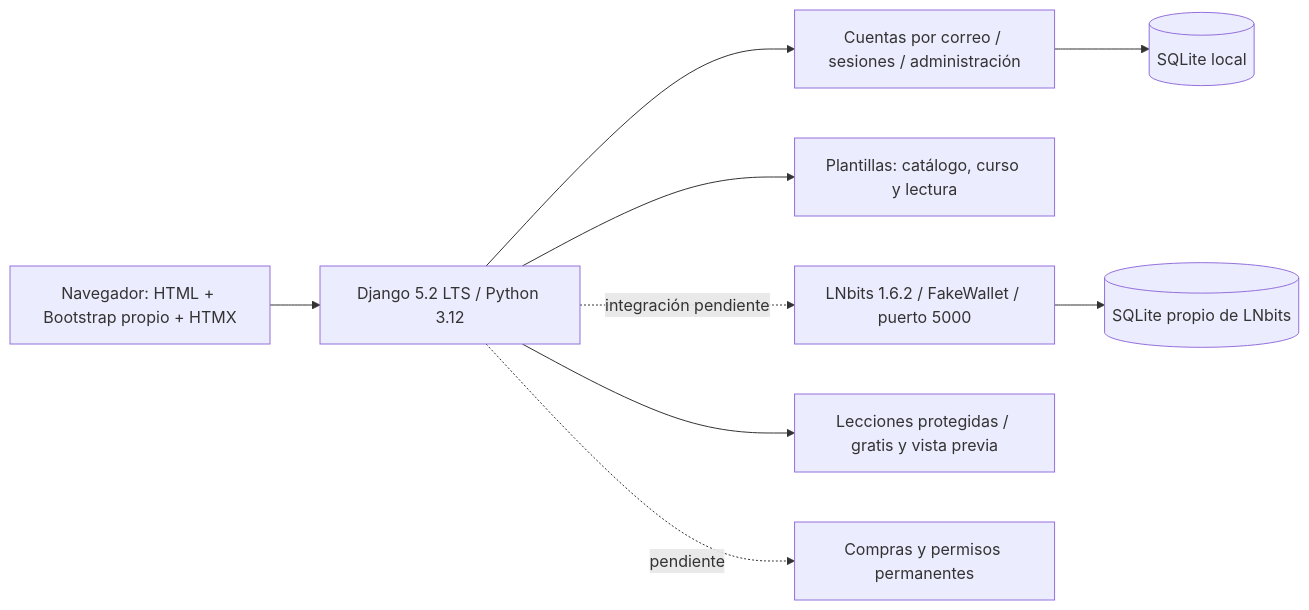
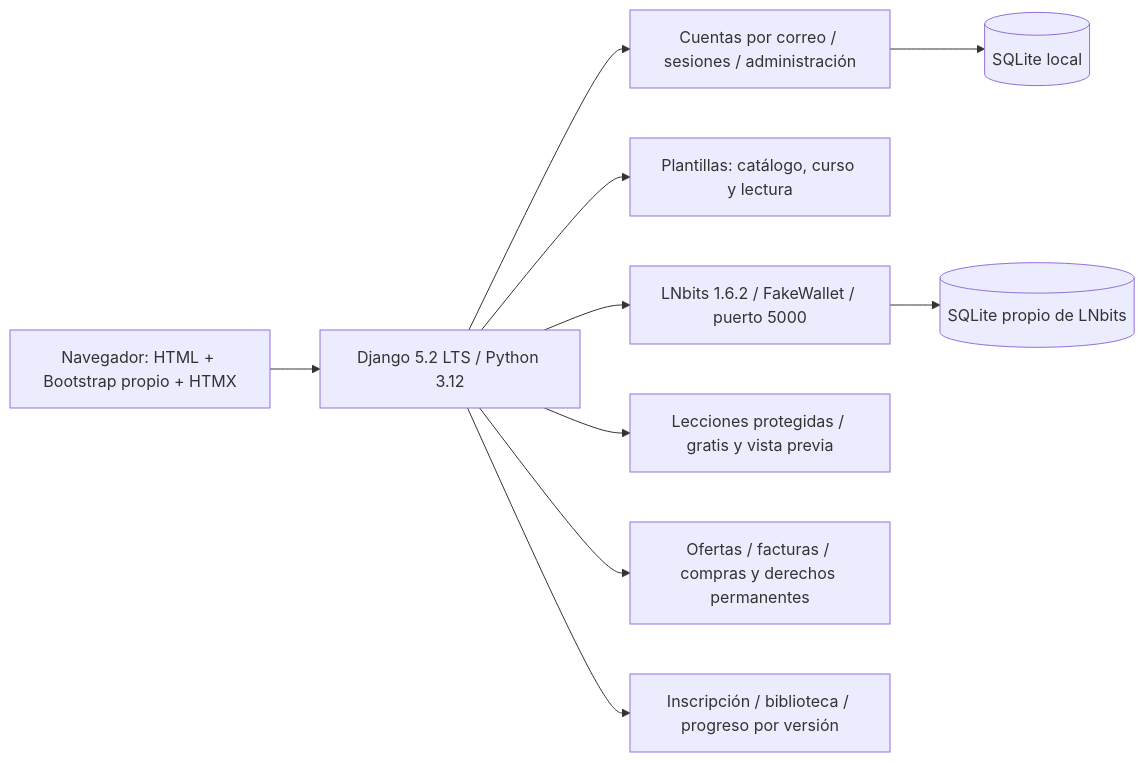
The diagram in src/README.md (caleb-bvm/BTC.EDU), drawn with Mermaid before and after one commit. The commit also changed other lines of this file and 12 other files, not shown here.

````diff
--- a/src/README.md
+++ b/src/README.md
@@ -71,11 +90,12 @@
 ```mermaid
 flowchart LR
     B[Navegador: HTML + Bootstrap propio + HTMX] --> D[Django 5.2 LTS / Python 3.12]
     D --> A[Cuentas por correo / sesiones / administración]
     A --> S[(SQLite local)]
     D --> T[Plantillas: catálogo, curso y lectura]
-    D -. integración pendiente .-> L[LNbits 1.6.2 / FakeWallet / puerto 5000]
+    D --> L[LNbits 1.6.2 / FakeWallet / puerto 5000]
     L --> LS[(SQLite propio de LNbits)]
     D --> F[Lecciones protegidas / gratis y vista previa]
-    D -. pendiente .-> P[Compras y permisos permanentes]
+    D --> P[Ofertas / facturas / compras y derechos permanentes]
+    D --> E[Inscripción / biblioteca / progreso por versión]
 ```
````
